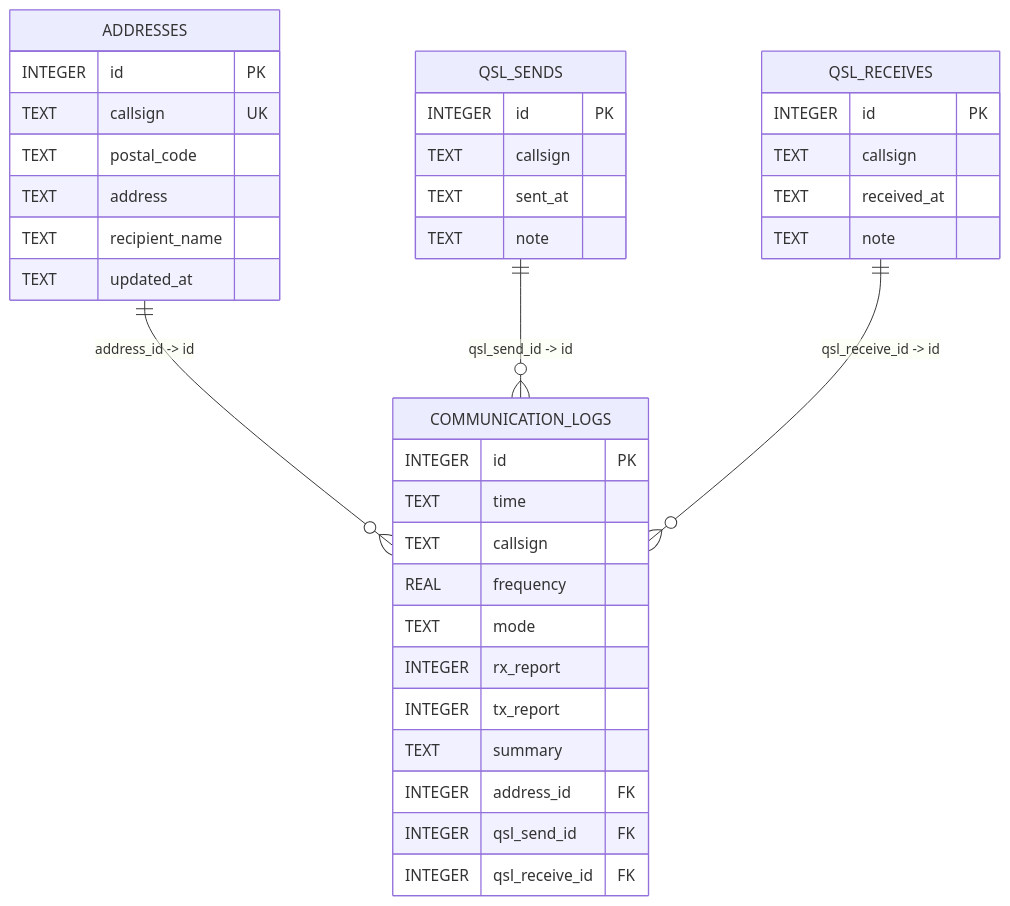
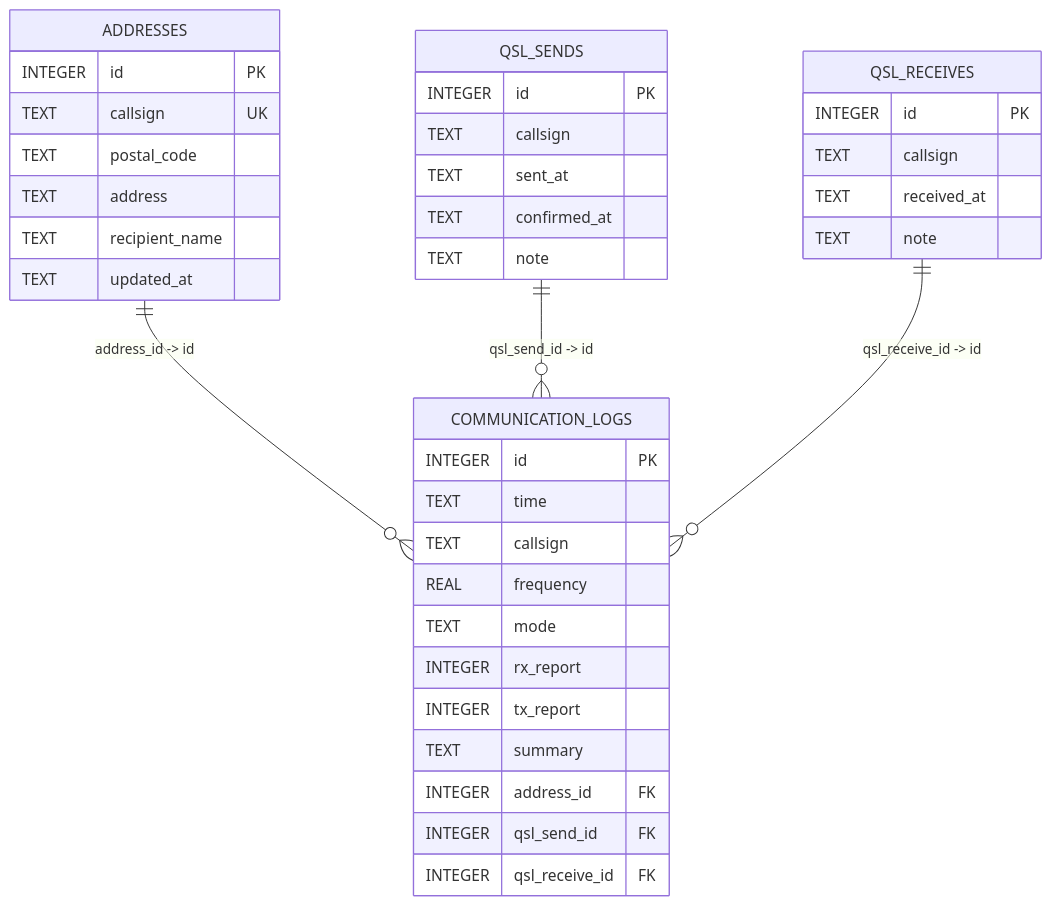
One commit to kuankuan2007/hamlog-manager changed the diagram in db-guild.md. Above: the diagram before and after it, drawn with Mermaid. The commit also changed other lines of this file and 14 other files, not shown here.

````diff
--- a/db-guild.md
+++ b/db-guild.md
@@ -22,40 +22,41 @@
 ```mermaid
 erDiagram
     ADDRESSES ||--o{ COMMUNICATION_LOGS : "address_id -> id"
     QSL_SENDS ||--o{ COMMUNICATION_LOGS : "qsl_send_id -> id"
     QSL_RECEIVES ||--o{ COMMUNICATION_LOGS : "qsl_receive_id -> id"
 
     ADDRESSES {
         INTEGER id PK
         TEXT callsign UK
         TEXT postal_code
         TEXT address
         TEXT recipient_name
         TEXT updated_at
     }
     COMMUNICATION_LOGS {
         INTEGER id PK
         TEXT time
         TEXT callsign
         REAL frequency
         TEXT mode
         INTEGER rx_report
         INTEGER tx_report
         TEXT summary
         INTEGER address_id FK
         INTEGER qsl_send_id FK
         INTEGER qsl_receive_id FK
     }
     QSL_SENDS {
         INTEGER id PK
         TEXT callsign
         TEXT sent_at
+		TEXT confirmed_at
         TEXT note
     }
     QSL_RECEIVES {
         INTEGER id PK
         TEXT callsign
         TEXT received_at
         TEXT note
     }
 ```
````
